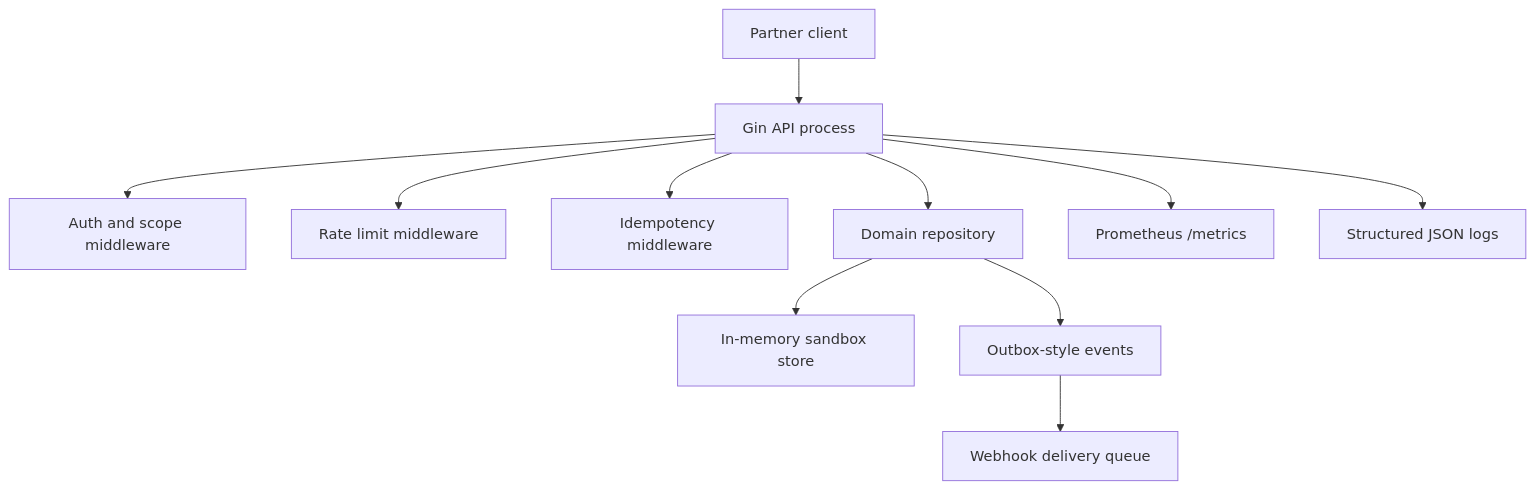
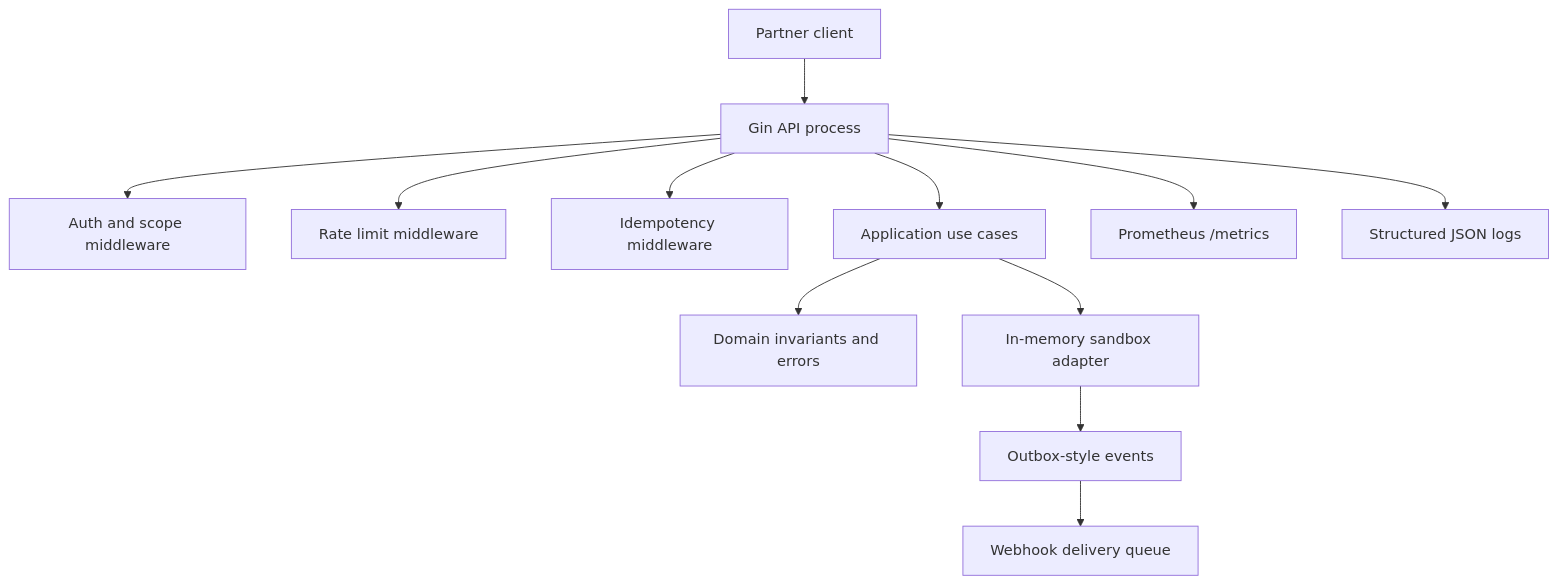
Before and after one commit to Defyland/bankport-go-gin-partner-api: the diagram in docs/architecture/c4-container.md, drawn with Mermaid. The commit also changed other lines of this file and 27 other files, not shown here.

Commit message:
docs: formalize ports and adapters architecture

````diff
--- a/docs/architecture/c4-container.md
+++ b/docs/architecture/c4-container.md
@@ -3,13 +3,14 @@
 ```mermaid
 flowchart TB
   Partner["Partner client"] --> API["Gin API process"]
   API --> Auth["Auth and scope middleware"]
   API --> RateLimit["Rate limit middleware"]
   API --> Idempotency["Idempotency middleware"]
-  API --> Domain["Domain repository"]
-  Domain --> Store["In-memory sandbox store"]
-  Domain --> Events["Outbox-style events"]
+  API --> UseCases["Application use cases"]
+  UseCases --> Domain["Domain invariants and errors"]
+  UseCases --> Store["In-memory sandbox adapter"]
+  Store --> Events["Outbox-style events"]
   Events --> Webhooks["Webhook delivery queue"]
   API --> Metrics["Prometheus /metrics"]
   API --> Logs["Structured JSON logs"]
 ```
````
